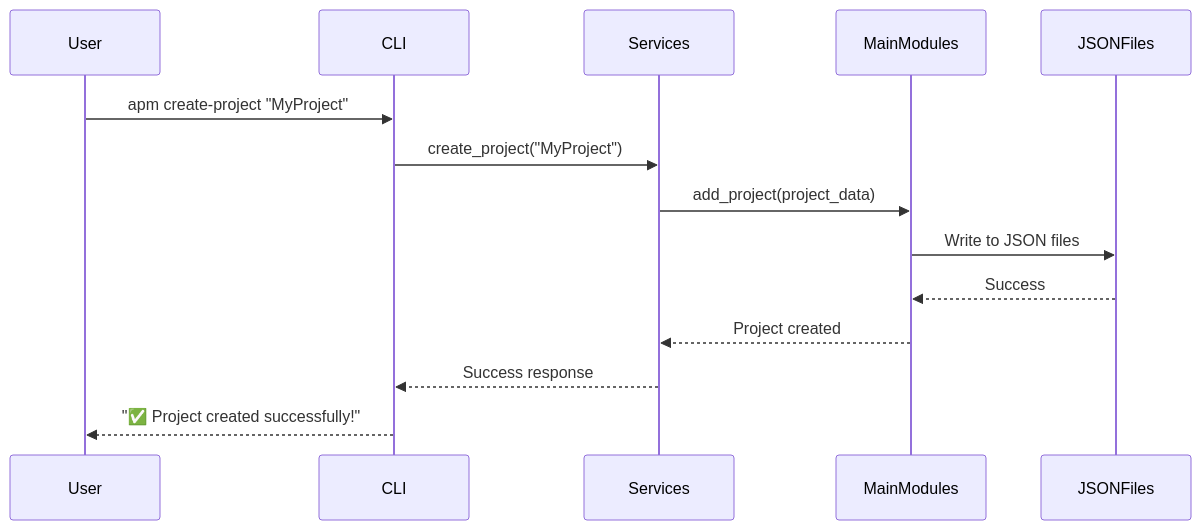
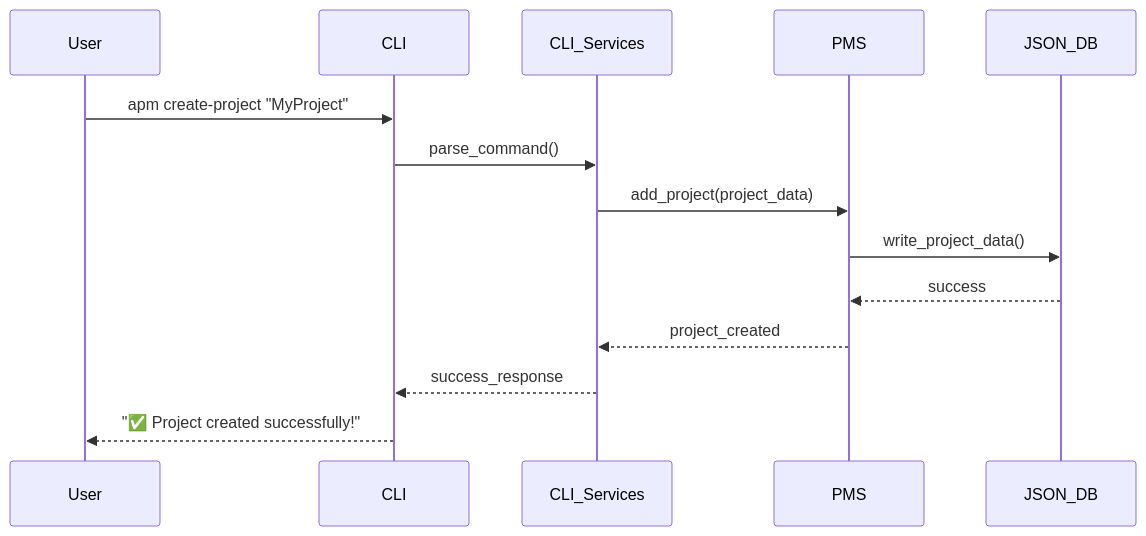
Before and after one commit to Shakour-Data/AutoProjectManagement: the second of 3 diagrams in Docs/entire_project/architecture.md, drawn with Mermaid. The commit also changed other lines of this file, not shown here.

````diff
--- a/Docs/entire_project/architecture.md
+++ b/Docs/entire_project/architecture.md
@@ -104,17 +220,17 @@
 ```mermaid
 sequenceDiagram
     participant User
     participant CLI
-    participant Services
-    participant MainModules
-    participant JSONFiles
-
+    participant CLI_Services
+    participant PMS
+    participant JSON_DB
+    
     User->>CLI: apm create-project "MyProject"
-    CLI->>Services: create_project("MyProject")
-    Services->>MainModules: add_project(project_data)
-    MainModules->>JSONFiles: Write to JSON files
-    JSONFiles-->>MainModules: Success
-    MainModules-->>Services: Project created
-    Services-->>CLI: Success response
+    CLI->>CLI_Services: parse_command()
+    CLI_Services->>PMS: add_project(project_data)
+    PMS->>JSON_DB: write_project_data()
+    JSON_DB-->>PMS: success
+    PMS-->>CLI_Services: project_created
+    CLI_Services-->>CLI: success_response
     CLI-->>User: "✅ Project created successfully!"
 ```
````
